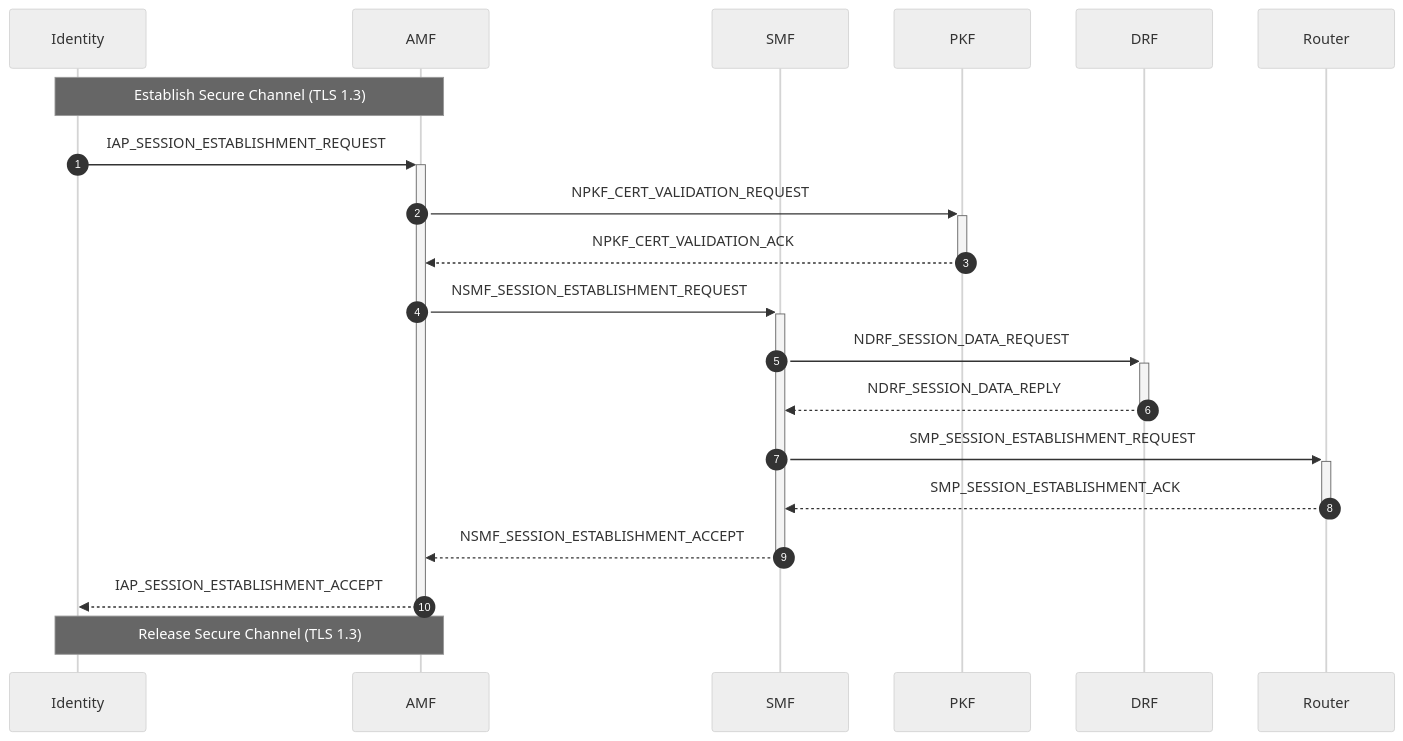
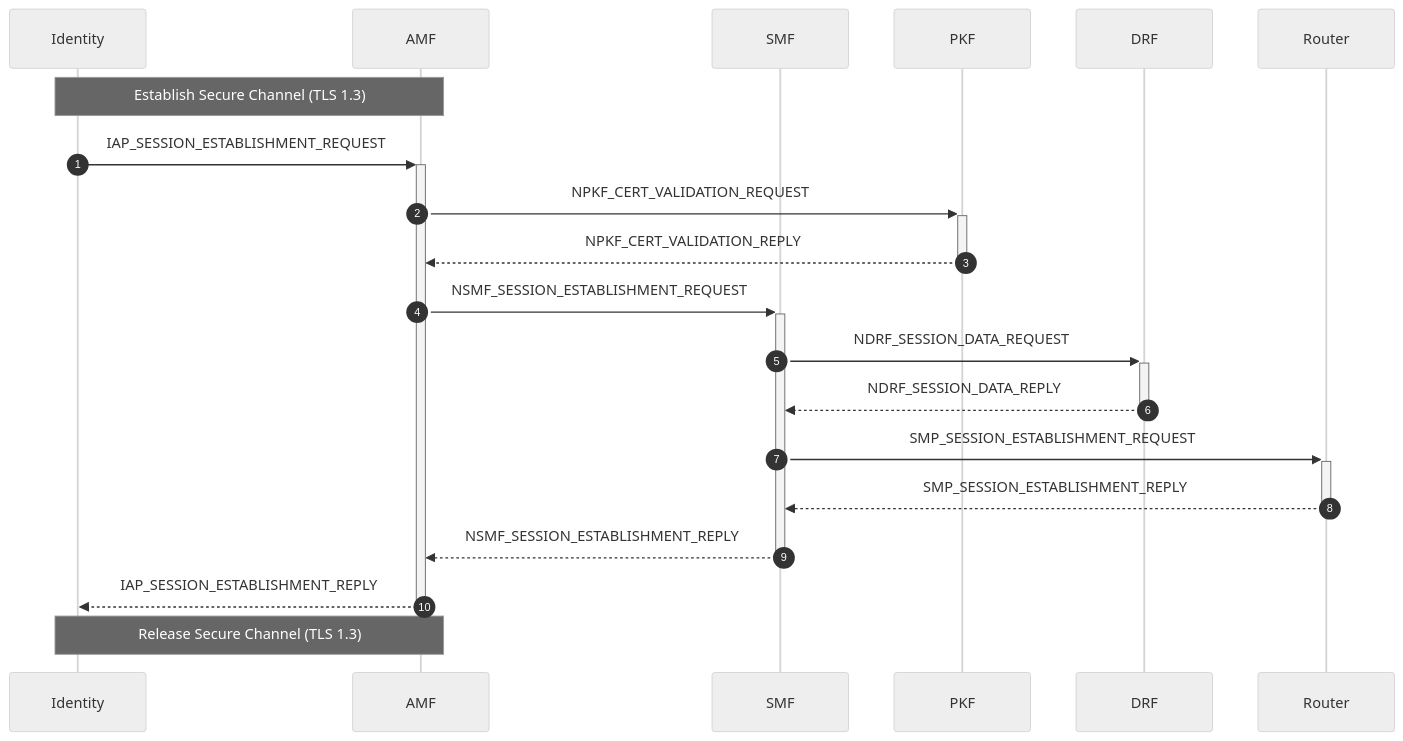
Before and after one commit to veil-link/veilink: diagram 11 of 21 in doc/doc-spec/00-series-general/00.002-procedure.md, drawn with Mermaid (neutral theme). The commit also changed other lines of this file and 1 other file, not shown here.

````diff
--- a/doc/doc-spec/00-series-general/00.002-procedure.md
+++ b/doc/doc-spec/00-series-general/00.002-procedure.md
@@ -247,24 +250,24 @@
 ```mermaid
 sequenceDiagram
     autonumber
 
     participant id as Identity
     participant amf as AMF
     participant smf as SMF
     participant pkf as PKF
     participant drf as DRF
     participant rt as Router
 
     Note over id, amf: Establish Secure Channel (TLS 1.3)
     id ->>+ amf: IAP_SESSION_ESTABLISHMENT_REQUEST
     amf ->>+ pkf: NPKF_CERT_VALIDATION_REQUEST
-    pkf -->>- amf: NPKF_CERT_VALIDATION_ACK
+    pkf -->>- amf: NPKF_CERT_VALIDATION_REPLY
     amf ->>+ smf: NSMF_SESSION_ESTABLISHMENT_REQUEST
     smf ->>+ drf: NDRF_SESSION_DATA_REQUEST
     drf -->>- smf: NDRF_SESSION_DATA_REPLY
     smf ->>+ rt: SMP_SESSION_ESTABLISHMENT_REQUEST
-    rt -->>- smf: SMP_SESSION_ESTABLISHMENT_ACK
-    smf -->>- amf: NSMF_SESSION_ESTABLISHMENT_ACCEPT
-    amf -->>- id: IAP_SESSION_ESTABLISHMENT_ACCEPT
+    rt -->>- smf: SMP_SESSION_ESTABLISHMENT_REPLY
+    smf -->>- amf: NSMF_SESSION_ESTABLISHMENT_REPLY
+    amf -->>- id: IAP_SESSION_ESTABLISHMENT_REPLY
     Note over id, amf: Release Secure Channel (TLS 1.3)
 ```
````
